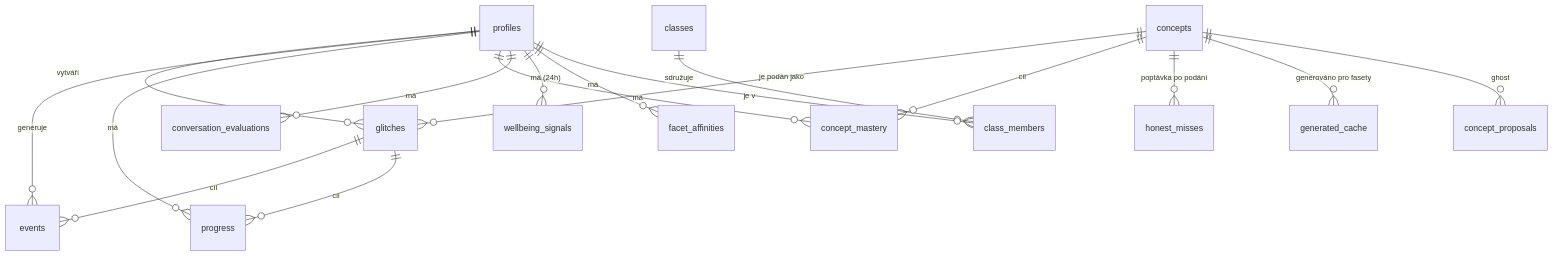
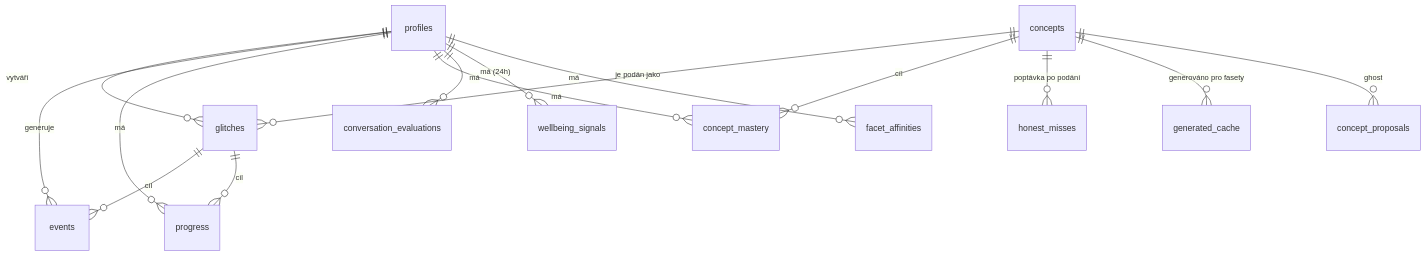
One commit to aidetemcz/glitch changed the diagram in docs/databaze-navrh.md. Above: the diagram before and after it, drawn with Mermaid. The commit also changed other lines of this file, not shown here.

````diff
--- a/docs/databaze-navrh.md
+++ b/docs/databaze-navrh.md
@@ -23,19 +23,17 @@
 ```mermaid
 erDiagram
     profiles ||--o{ glitches : "vytváří"
     profiles ||--o{ events : "generuje"
     profiles ||--o{ progress : "má"
     profiles ||--o{ concept_mastery : "má"
     profiles ||--o{ conversation_evaluations : "má"
     profiles ||--o{ wellbeing_signals : "má (24h)"
     profiles ||--o{ facet_affinities : "má"
-    classes ||--o{ class_members : "sdružuje"
-    profiles ||--o{ class_members : "je v"
     concepts ||--o{ glitches : "je podán jako"
     glitches ||--o{ events : "cíl"
     glitches ||--o{ progress : "cíl"
     concepts ||--o{ concept_mastery : "cíl"
     concepts ||--o{ honest_misses : "poptávka po podání"
     concepts ||--o{ generated_cache : "generováno pro fasety"
     concepts ||--o{ concept_proposals : "ghost"
 ```
````
